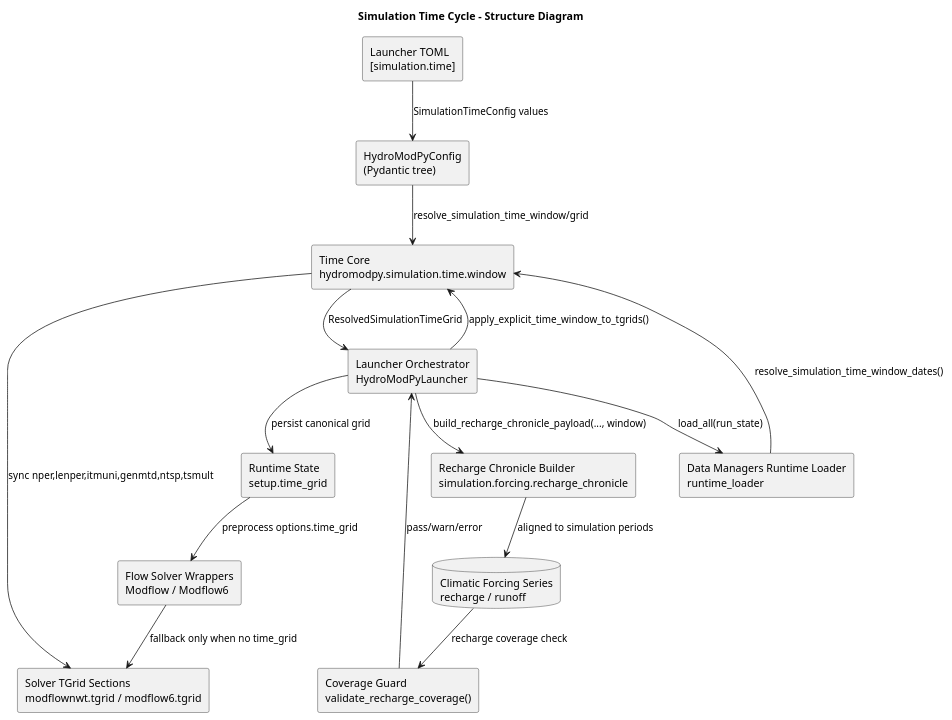
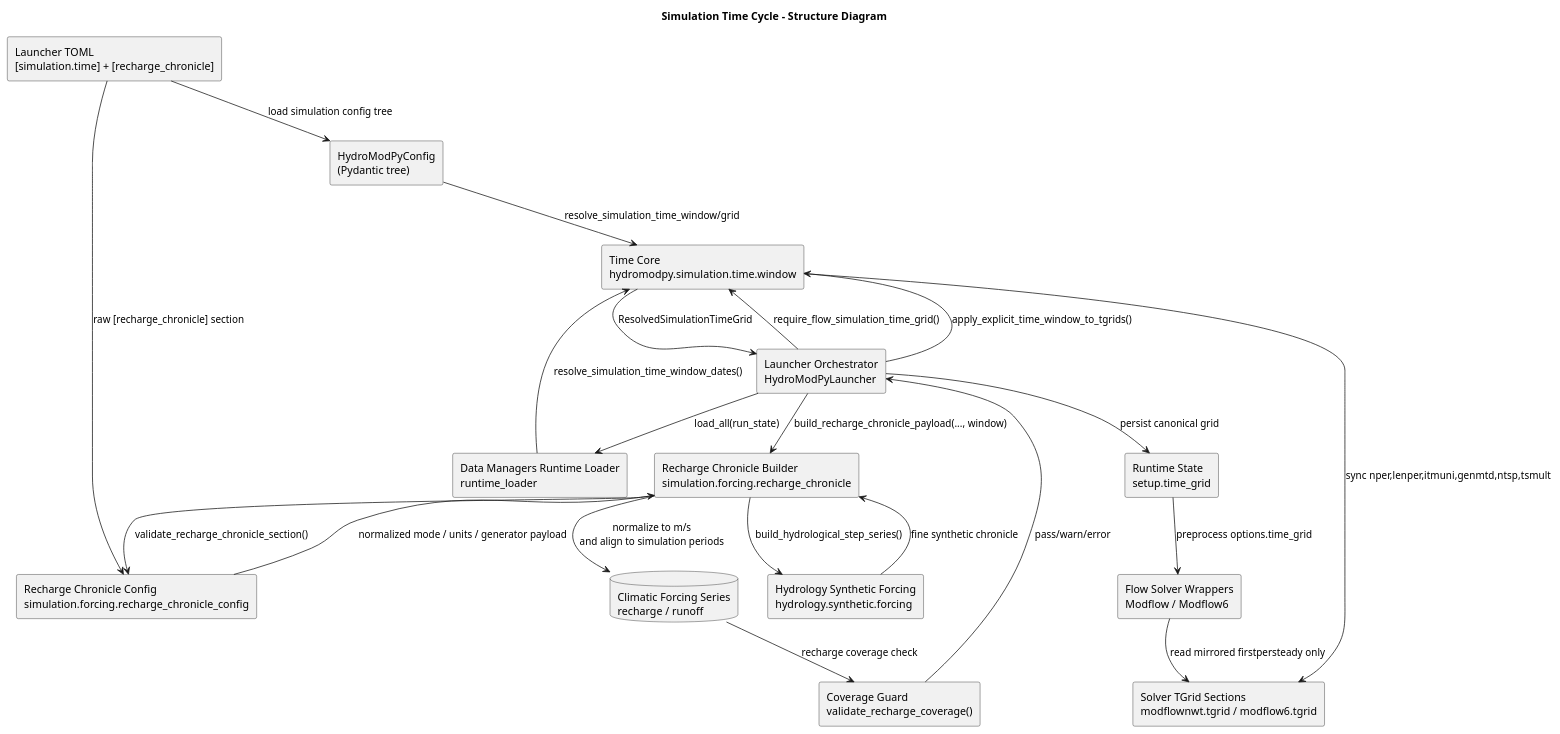
Before and after one commit to HydroModPy/HydroModPy: the diagram in docs/readthedocs/source/architecture/simulation/diagrams/simulation_time_cycle_structure.wsd, drawn with PlantUML. The commit also changed 134 other files, not shown here.

Commit message:
Refactor solver grid runtime and pyhelp API

```diff
--- a/docs/readthedocs/source/architecture/simulation/diagrams/simulation_time_cycle_structure.wsd
+++ b/docs/readthedocs/source/architecture/simulation/diagrams/simulation_time_cycle_structure.wsd
@@ -1,36 +1,44 @@
 @startuml
 title Simulation Time Cycle - Structure Diagram
 skinparam componentStyle rectangle
 
-component "Launcher TOML\n[simulation.time]" as TomlTime
+component "Launcher TOML\n[simulation.time] + [recharge_chronicle]" as LauncherToml
 component "HydroModPyConfig\n(Pydantic tree)" as TypedConfig
 component "Time Core\nhydromodpy.simulation.time.window" as TimeCore
 component "Launcher Orchestrator\nHydroModPyLauncher" as Launcher
 component "Runtime State\nsetup.time_grid" as RuntimeState
 component "Solver TGrid Sections\nmodflownwt.tgrid / modflow6.tgrid" as SolverTgrid
 component "Data Managers Runtime Loader\nruntime_loader" as DataLoader
+component "Recharge Chronicle Config\nsimulation.forcing.recharge_chronicle_config" as RechargeConfig
 component "Recharge Chronicle Builder\nsimulation.forcing.recharge_chronicle" as RechargeBuilder
+component "Hydrology Synthetic Forcing\nhydrology.synthetic.forcing" as HydroForcing
 component "Coverage Guard\nvalidate_recharge_coverage()" as CoverageGuard
 component "Flow Solver Wrappers\nModflow / Modflow6" as FlowSolvers
 database "Climatic Forcing Series\nrecharge / runoff" as ForcingSeries
 
-TomlTime --> TypedConfig : SimulationTimeConfig values
+LauncherToml --> TypedConfig : load simulation config tree
 TypedConfig --> TimeCore : resolve_simulation_time_window/grid
 
 TimeCore --> Launcher : ResolvedSimulationTimeGrid
+Launcher --> TimeCore : require_flow_simulation_time_grid()
 Launcher --> RuntimeState : persist canonical grid
 
 Launcher --> TimeCore : apply_explicit_time_window_to_tgrids()
 TimeCore --> SolverTgrid : sync nper,lenper,itmuni,genmtd,ntsp,tsmult
 
 Launcher --> DataLoader : load_all(run_state)
 DataLoader --> TimeCore : resolve_simulation_time_window_dates()
 
 Launcher --> RechargeBuilder : build_recharge_chronicle_payload(..., window)
-RechargeBuilder --> ForcingSeries : aligned to simulation periods
+LauncherToml --> RechargeConfig : raw [recharge_chronicle] section
+RechargeBuilder --> RechargeConfig : validate_recharge_chronicle_section()
+RechargeConfig --> RechargeBuilder : normalized mode / units / generator payload
+RechargeBuilder --> HydroForcing : build_hydrological_step_series()
+HydroForcing --> RechargeBuilder : fine synthetic chronicle
+RechargeBuilder --> ForcingSeries : normalize to m/s\nand align to simulation periods
 ForcingSeries --> CoverageGuard : recharge coverage check
 CoverageGuard --> Launcher : pass/warn/error
 
 RuntimeState --> FlowSolvers : preprocess options.time_grid
-FlowSolvers --> SolverTgrid : fallback only when no time_grid
+FlowSolvers --> SolverTgrid : read mirrored firstpersteady only
 @enduml
```
